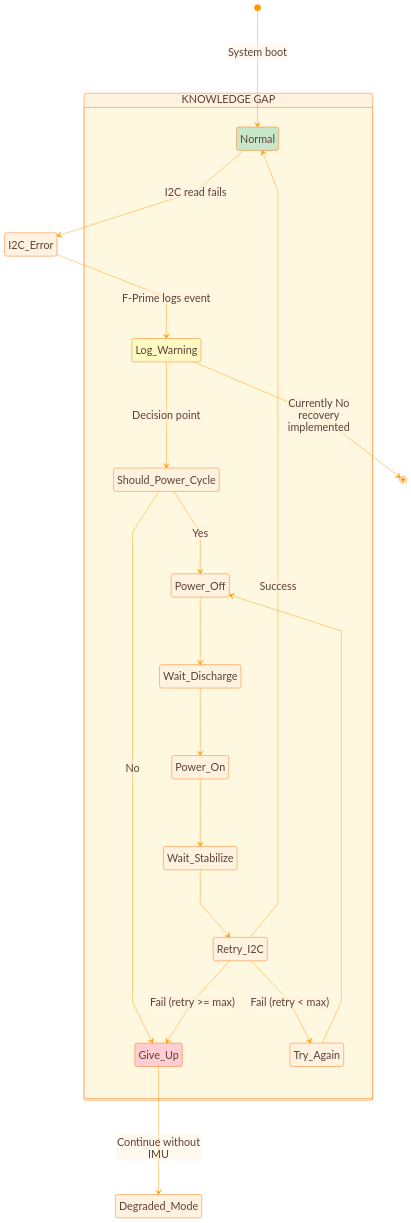
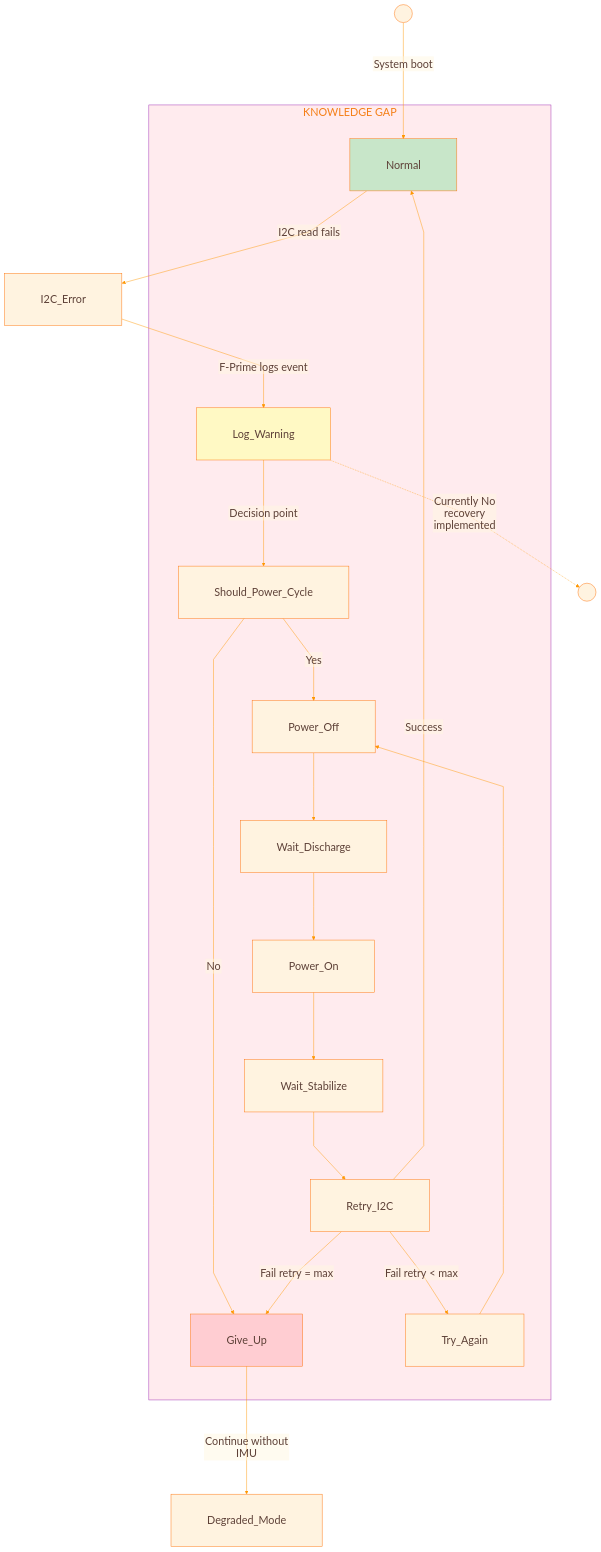
One commit to phantom-man/PROVES_LIBRARY changed the fourth of 9 diagrams in docs/diagrams/knowledge-gaps.md. Above: the diagram before and after it, drawn with Mermaid. The commit also changed other lines of this file, not shown here.

Commit message:
docs: convert state diagram to flowchart in knowledge-gaps.md to fix curved lines

```diff
--- a/docs/diagrams/knowledge-gaps.md
+++ b/docs/diagrams/knowledge-gaps.md
@@ -884,23 +884,6 @@
     useMaxWidth: true
     rightAngles: false
     showSequenceNumbers: false
-  state:
-    curve: 'linear'
-    dividerMargin: 10
-    sizeUnit: 5
-    padding: 8
-    textHeight: 10
-    titleShift: -15
-    noteMargin: 10
-    forkWidth: 70
-    forkHeight: 7
-    miniPadding: 2
-    fontSizeFactor: 5.02
-    fontSize: 24
-    labelHeight: 16
-    edgeLengthFactor: 20
-    compositeTitleSize: 35
-    radius: 5
   class:
     arrowMarkerAbsolute: false
     hideEmptyMembersBox: false
@@ -962,31 +945,31 @@
     height: 60
     boxMargin: 10
 ---
-stateDiagram-v2
-    [*] --> Normal: System boot
+flowchart TB
+    START(( )) -->|System boot| Normal
 
-    Normal --> I2C_Error: I2C read fails
-    I2C_Error --> Log_Warning: F-Prime logs event
+    Normal -->|I2C read fails| I2C_Error
+    I2C_Error -->|F-Prime logs event| Log_Warning
 
-    state "KNOWLEDGE GAP" as GAP {
-        Log_Warning --> Should_Power_Cycle: Decision point
-        Should_Power_Cycle --> Power_Off: Yes
-        Should_Power_Cycle --> Give_Up: No
+    subgraph GAP ["KNOWLEDGE GAP"]
+        Log_Warning -->|Decision point| Should_Power_Cycle
+        Should_Power_Cycle -->|Yes| Power_Off
+        Should_Power_Cycle -->|No| Give_Up
 
         Power_Off --> Wait_Discharge
         Wait_Discharge --> Power_On
         Power_On --> Wait_Stabilize
         Wait_Stabilize --> Retry_I2C
 
-        Retry_I2C --> Normal: Success
-        Retry_I2C --> Try_Again: Fail (retry < max)
+        Retry_I2C -->|Success| Normal
+        Retry_I2C -->|Fail retry < max| Try_Again
         Try_Again --> Power_Off
-        Retry_I2C --> Give_Up: Fail (retry >= max)
-    }
+        Retry_I2C -->|Fail retry >= max| Give_Up
+    end
 
-    Give_Up --> Degraded_Mode: Continue without IMU
+    Give_Up -->|Continue without IMU| Degraded_Mode
 
-    Log_Warning --> [*]: Currently No recovery implemented
+    Log_Warning -.->|Currently No recovery implemented| END(( ))
 
     style GAP fill:#ffebee
     style Log_Warning fill:#fff9c4
```
